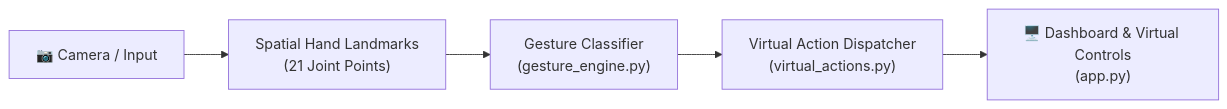
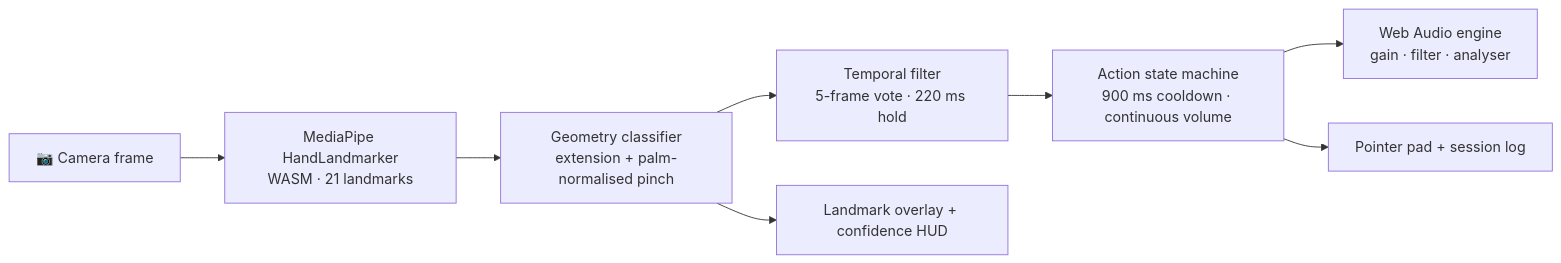
Before and after one commit to hola-mundo999/ai-gesture-controller-: the diagram in README.md, drawn with Mermaid. The commit also changed other lines of this file and 8 other files, not shown here.

First line of the commit message:
feat: drive real media controls from on-device hand tracking

````diff
--- a/README.md
+++ b/README.md
@@ -29,7 +55,10 @@
 ```mermaid
 flowchart LR
-    A["📷 Camera / Input"] --> B["Spatial Hand Landmarks<br>(21 Joint Points)"]
-    B --> C["Gesture Classifier<br>(gesture_engine.py)"]
-    C --> D["Virtual Action Dispatcher<br>(virtual_actions.py)"]
-    D --> E["🖥️ Dashboard & Virtual Controls<br>(app.py)"]
+    A["📷 Camera frame"] --> B["MediaPipe HandLandmarker<br/>WASM · 21 landmarks"]
+    B --> C["Geometry classifier<br/>extension + palm-normalised pinch"]
+    C --> D["Temporal filter<br/>5-frame vote · 220 ms hold"]
+    D --> E["Action state machine<br/>900 ms cooldown · continuous volume"]
+    E --> F["Web Audio engine<br/>gain · filter · analyser"]
+    E --> G["Pointer pad + session log"]
+    C --> H["Landmark overlay + confidence HUD"]
 ```
````
